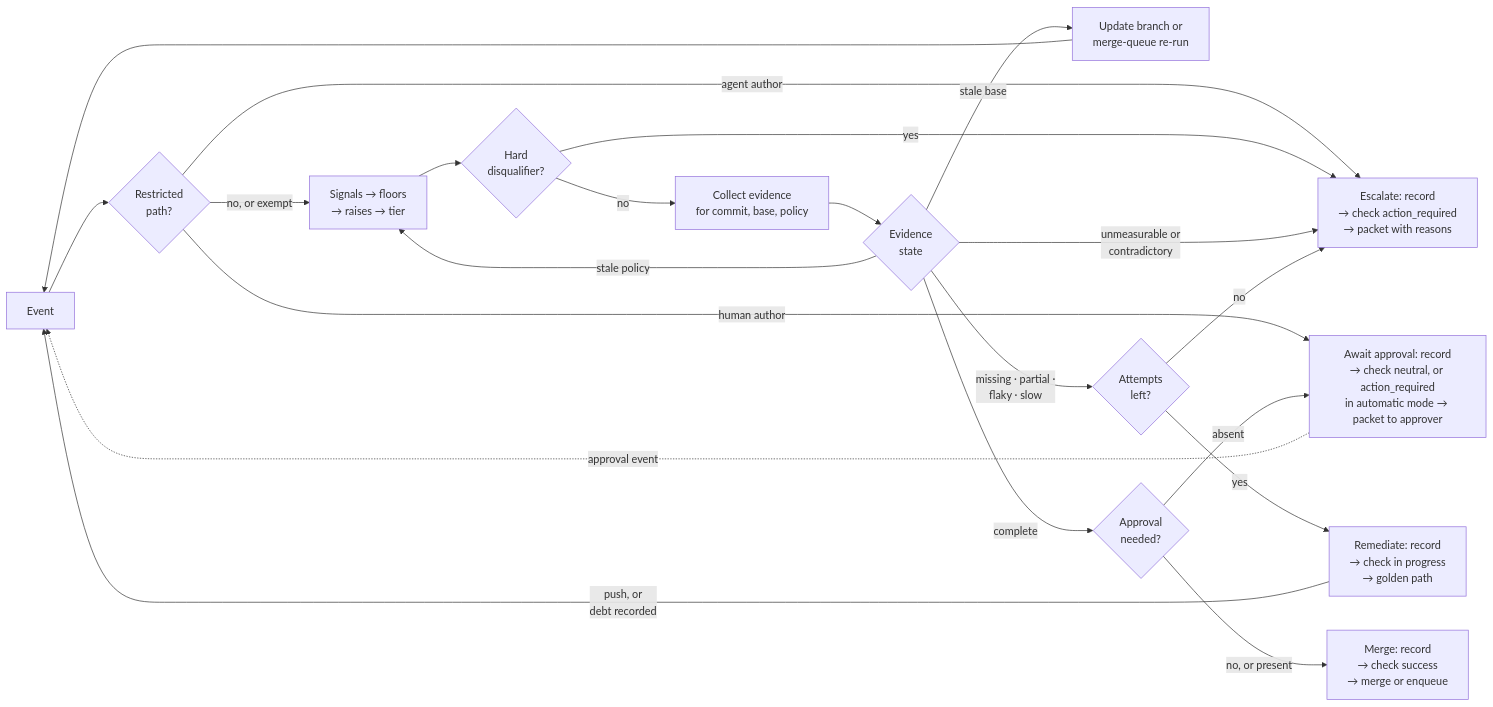
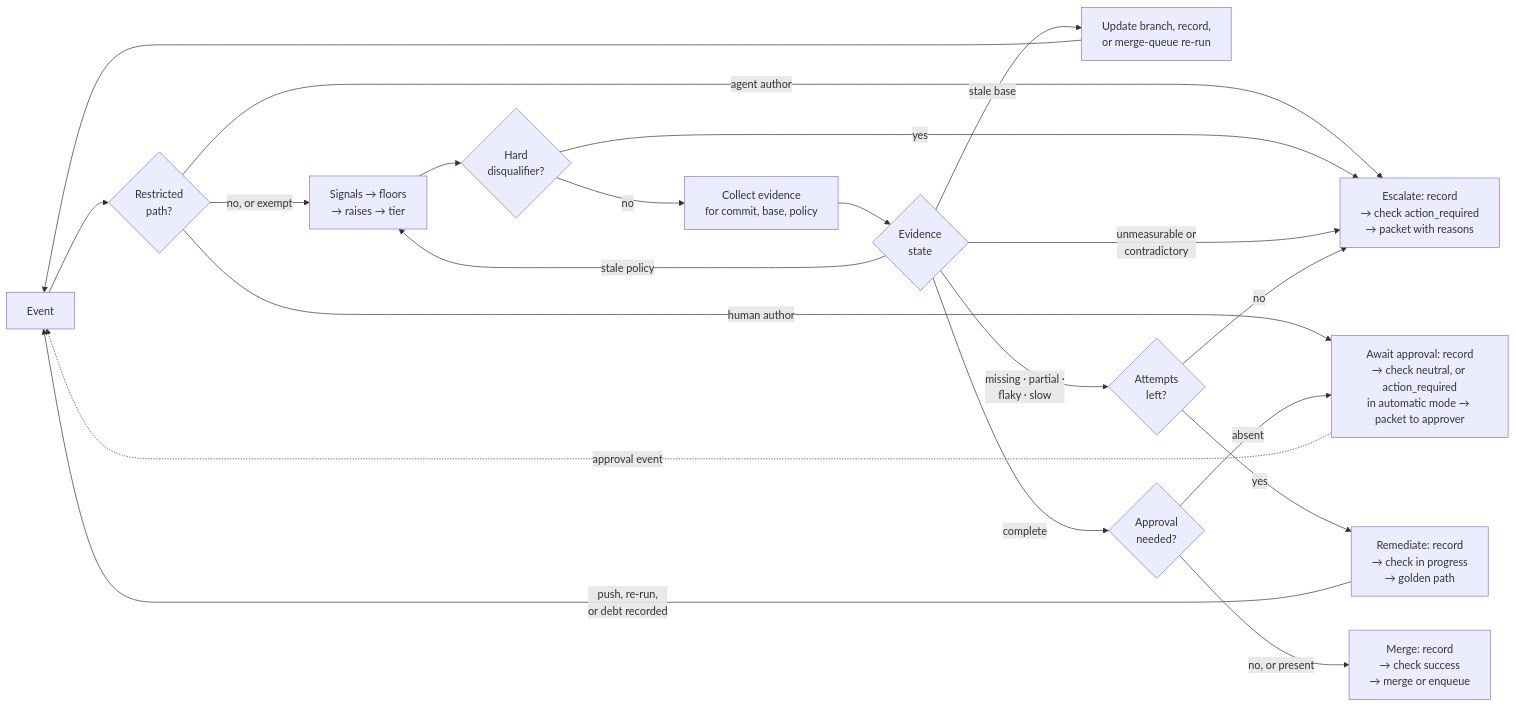
The second of 3 diagrams in docs/proposals/aisdlc-97-architecture-proposal.md (guyoron1/fullsend), drawn with Mermaid before and after one commit. The commit also changed other lines of this file, not shown here.

First line of the commit message:
docs: AISDLC-97 architecture proposal at eight pages

````diff
--- a/docs/proposals/aisdlc-97-architecture-proposal.md
+++ b/docs/proposals/aisdlc-97-architecture-proposal.md
@@ -218,22 +204,22 @@
 ```mermaid
 flowchart LR
   E[Event] --> A{Restricted<br/>path?}
   A -- agent author --> X
   A -- human author --> W
   A -- no, or exempt --> B[Signals → floors<br/>→ raises → tier]
   B --> C{Hard<br/>disqualifier?}
   C -- yes --> X
   C -- no --> D[Collect evidence<br/>for commit, base, policy]
   D --> S{Evidence<br/>state}
-  S -- stale base --> U[Update branch or<br/>merge-queue re-run] --> E
+  S -- stale base --> U[Update branch, record,<br/>or merge-queue re-run] --> E
   S -- stale policy --> B
   S -- unmeasurable or<br/>contradictory --> X
   S -- missing · partial ·<br/>flaky · slow --> R{Attempts<br/>left?}
-  R -- yes --> F[Remediate: record<br/>→ check in progress<br/>→ golden path] -- push, or<br/>debt recorded --> E
+  R -- yes --> F[Remediate: record<br/>→ check in progress<br/>→ golden path] -- push, re-run,<br/>or debt recorded --> E
   R -- no --> X
   S -- complete --> T{Approval<br/>needed?}
   T -- no, or present --> M[Merge: record<br/>→ check success<br/>→ merge or enqueue]
   T -- absent --> W[Await approval: record<br/>→ check neutral, or action_required<br/>in automatic mode → packet to approver]
   W -. approval event .-> E
   X[Escalate: record<br/>→ check action_required<br/>→ packet with reasons]
 ```
````
